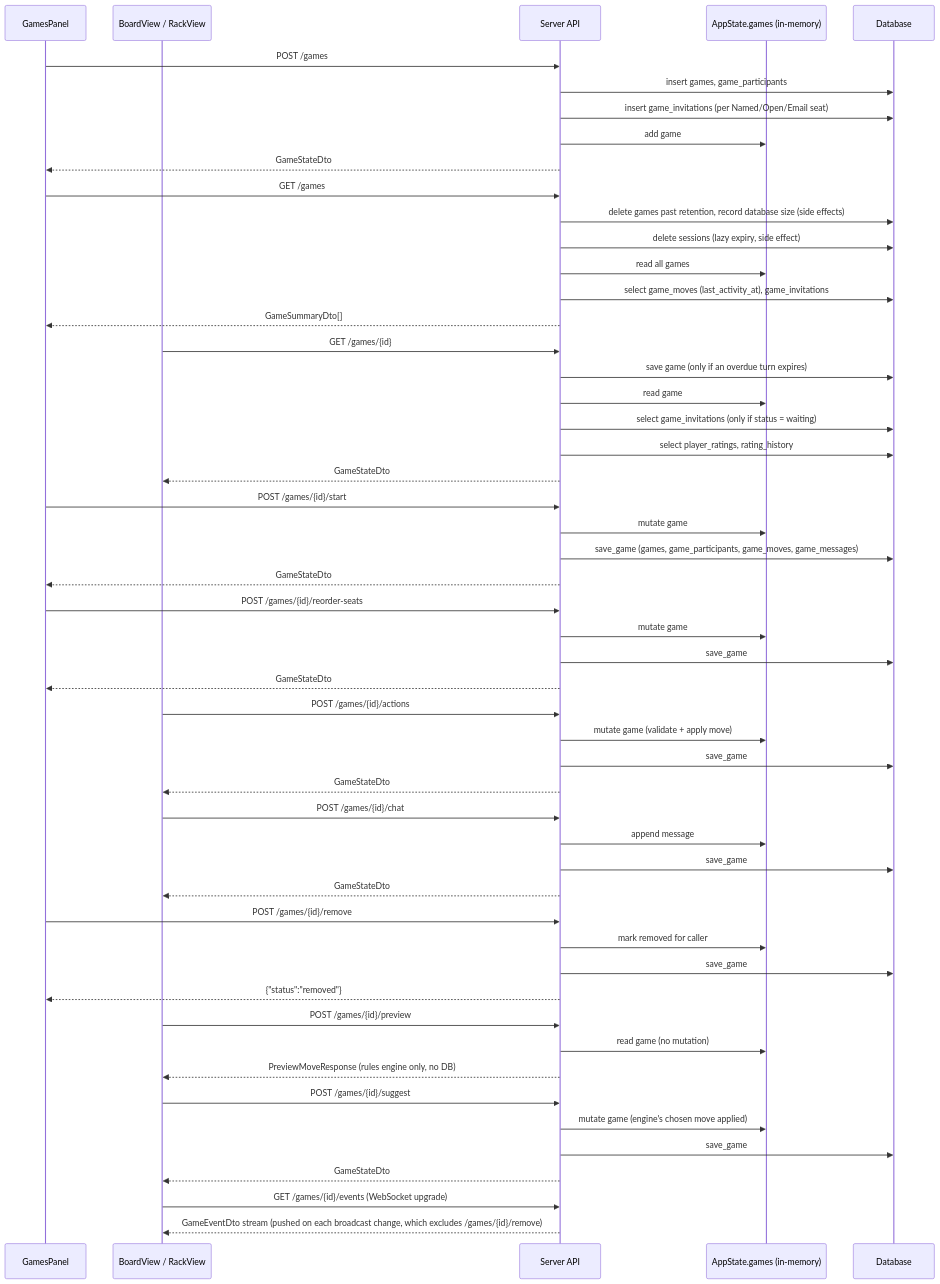
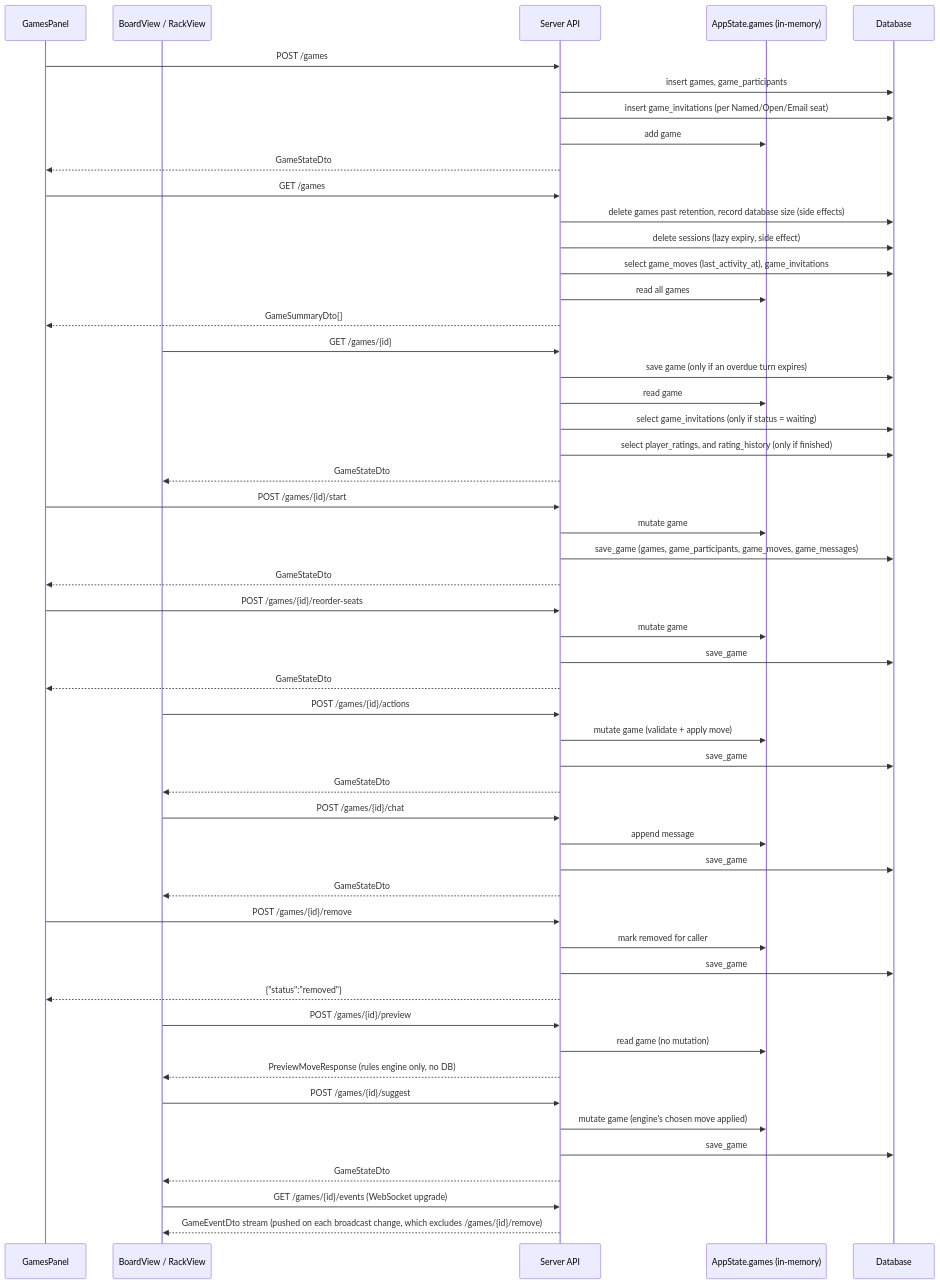
Before and after one commit to delphside/tile-lite-elite: the sixth of 9 diagrams in docs/4.4.3-api-schema.md, drawn with Mermaid. The commit also changed other lines of this file and 4 other files, not shown here.

````diff
--- a/docs/4.4.3-api-schema.md
+++ b/docs/4.4.3-api-schema.md
@@ -994,65 +998,65 @@
 ```mermaid
 sequenceDiagram
     participant Games as GamesPanel
     participant Board as BoardView / RackView
     participant API as Server API
     participant Mem as AppState.games (in-memory)
     participant DB as Database
 
     Games->>API: POST /games
     API->>DB: insert games, game_participants
     API->>DB: insert game_invitations (per Named/Open/Email seat)
     API->>Mem: add game
     API-->>Games: GameStateDto
 
     Games->>API: GET /games
     API->>DB: delete games past retention, record database size (side effects)
     API->>DB: delete sessions (lazy expiry, side effect)
+    API->>DB: select game_moves (last_activity_at), game_invitations
     API->>Mem: read all games
-    API->>DB: select game_moves (last_activity_at), game_invitations
     API-->>Games: GameSummaryDto[]
 
     Board->>API: GET /games/{id}
     API->>DB: save game (only if an overdue turn expires)
     API->>Mem: read game
     API->>DB: select game_invitations (only if status = waiting)
-    API->>DB: select player_ratings, rating_history
+    API->>DB: select player_ratings, and rating_history (only if finished)
     API-->>Board: GameStateDto
 
     Games->>API: POST /games/{id}/start
     API->>Mem: mutate game
     API->>DB: save_game (games, game_participants, game_moves, game_messages)
     API-->>Games: GameStateDto
 
     Games->>API: POST /games/{id}/reorder-seats
     API->>Mem: mutate game
     API->>DB: save_game
     API-->>Games: GameStateDto
 
     Board->>API: POST /games/{id}/actions
     API->>Mem: mutate game (validate + apply move)
     API->>DB: save_game
     API-->>Board: GameStateDto
 
     Board->>API: POST /games/{id}/chat
     API->>Mem: append message
     API->>DB: save_game
     API-->>Board: GameStateDto
 
     Games->>API: POST /games/{id}/remove
     API->>Mem: mark removed for caller
     API->>DB: save_game
     API-->>Games: {"status":"removed"}
 
     Board->>API: POST /games/{id}/preview
     API->>Mem: read game (no mutation)
     API-->>Board: PreviewMoveResponse (rules engine only, no DB)
 
     Board->>API: POST /games/{id}/suggest
     API->>Mem: mutate game (engine's chosen move applied)
     API->>DB: save_game
     API-->>Board: GameStateDto
 
     Board->>API: GET /games/{id}/events (WebSocket upgrade)
     API-->>Board: GameEventDto stream (pushed on each broadcast change, which excludes /games/{id}/remove)
 ```
````
